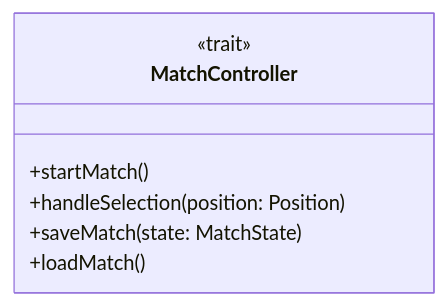
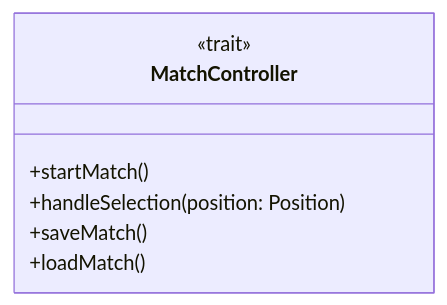
The tenth of 11 diagrams in docs/report/5-detailed-design.md (Borgotto/PPS-25-scalatello), drawn with Mermaid before and after one commit.

Commit message:
Refactor: MatchController design

````diff
--- a/docs/report/5-detailed-design.md
+++ b/docs/report/5-detailed-design.md
@@ -244,10 +244,10 @@
 ```mermaid
 classDiagram
   class MatchController {
     <<trait>>
     +startMatch()
     +handleSelection(position: Position)
-    +saveMatch(state: MatchState)
+    +saveMatch()
     +loadMatch()
   }
 ```
````
